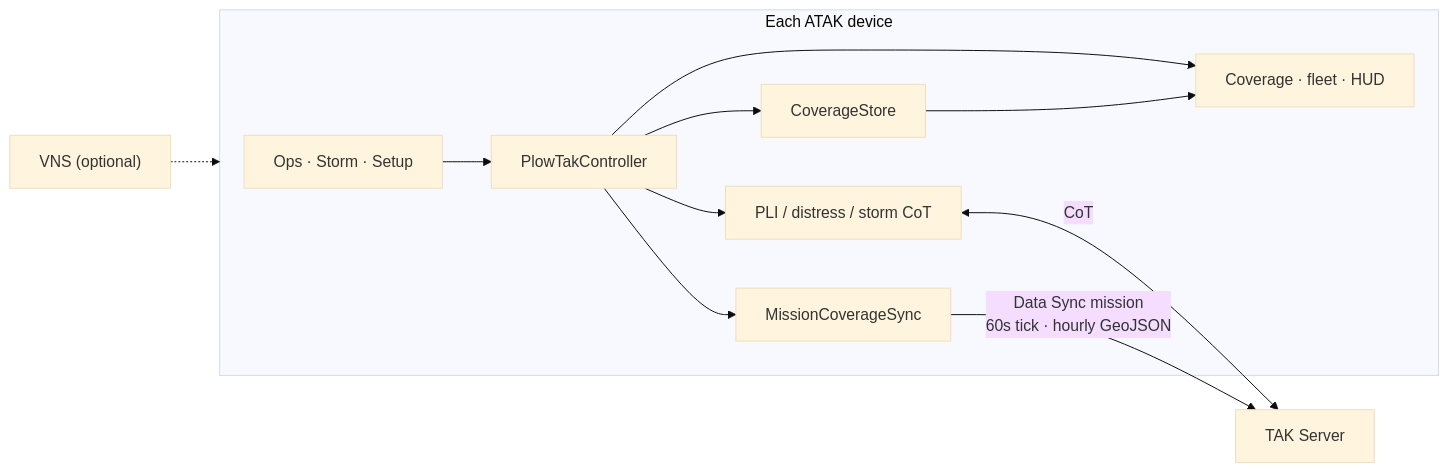
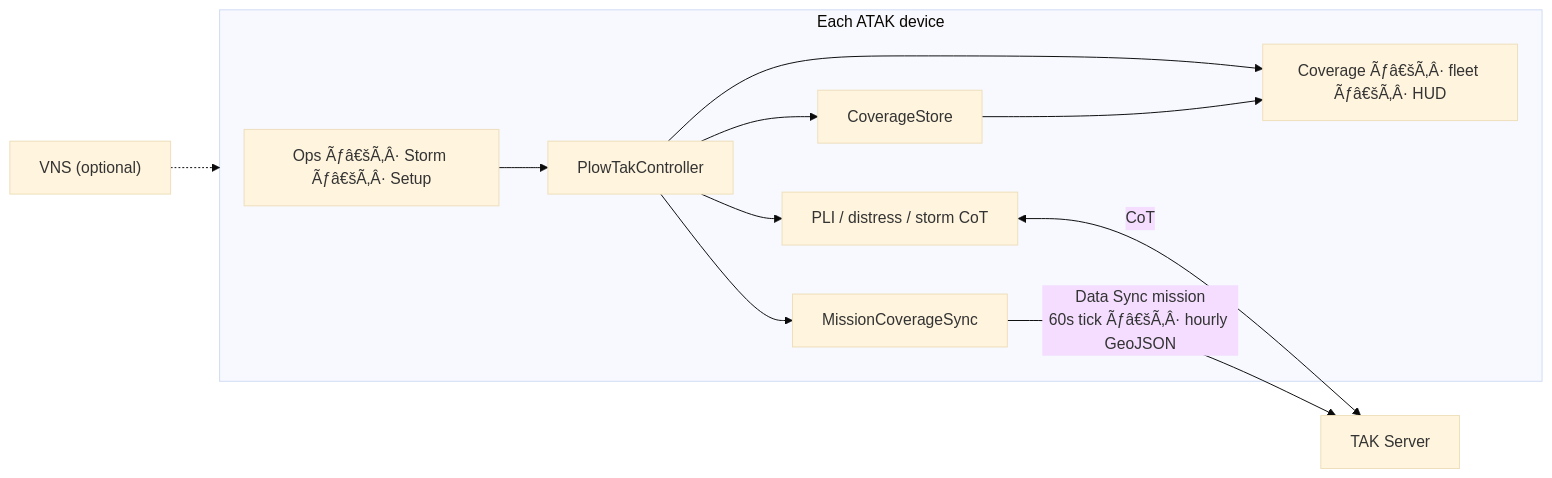
Before and after one commit to CopIXus/PlowTAK: the first of 2 diagrams in README.md, drawn with Mermaid (base theme). The commit also changed other lines of this file and 4 other files, not shown here.

First line of the commit message:
Ship ATAK 5.6 and 5.7 on the same Data Sync path as 5.8.

````diff
--- a/README.md
+++ b/README.md
@@ -70,20 +72,20 @@
 ```mermaid
 flowchart LR
   subgraph Device["Each ATAK device"]
-    UI["Ops · Storm · Setup"]
+    UI["Ops Ãƒâ€šÃ‚Â· Storm Ãƒâ€šÃ‚Â· Setup"]
     Ctrl["PlowTakController"]
     Store["CoverageStore"]
     Cot["PLI / distress / storm CoT"]
     Sync["MissionCoverageSync"]
-    Map["Coverage · fleet · HUD"]
+    Map["Coverage Ãƒâ€šÃ‚Â· fleet Ãƒâ€šÃ‚Â· HUD"]
     UI --> Ctrl
     Ctrl --> Store
     Ctrl --> Cot
     Ctrl --> Sync
     Ctrl --> Map
     Store --> Map
   end
   Cot <-->|"CoT"| TAK["TAK Server"]
-  Sync -->|"Data Sync mission<br/>60s tick · hourly GeoJSON"| TAK
+  Sync -->|"Data Sync mission<br/>60s tick Ãƒâ€šÃ‚Â· hourly GeoJSON"| TAK
   VNS["VNS (optional)"] -.-> Device
 ```
````
